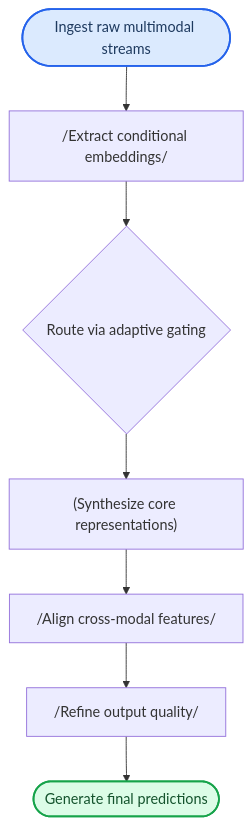
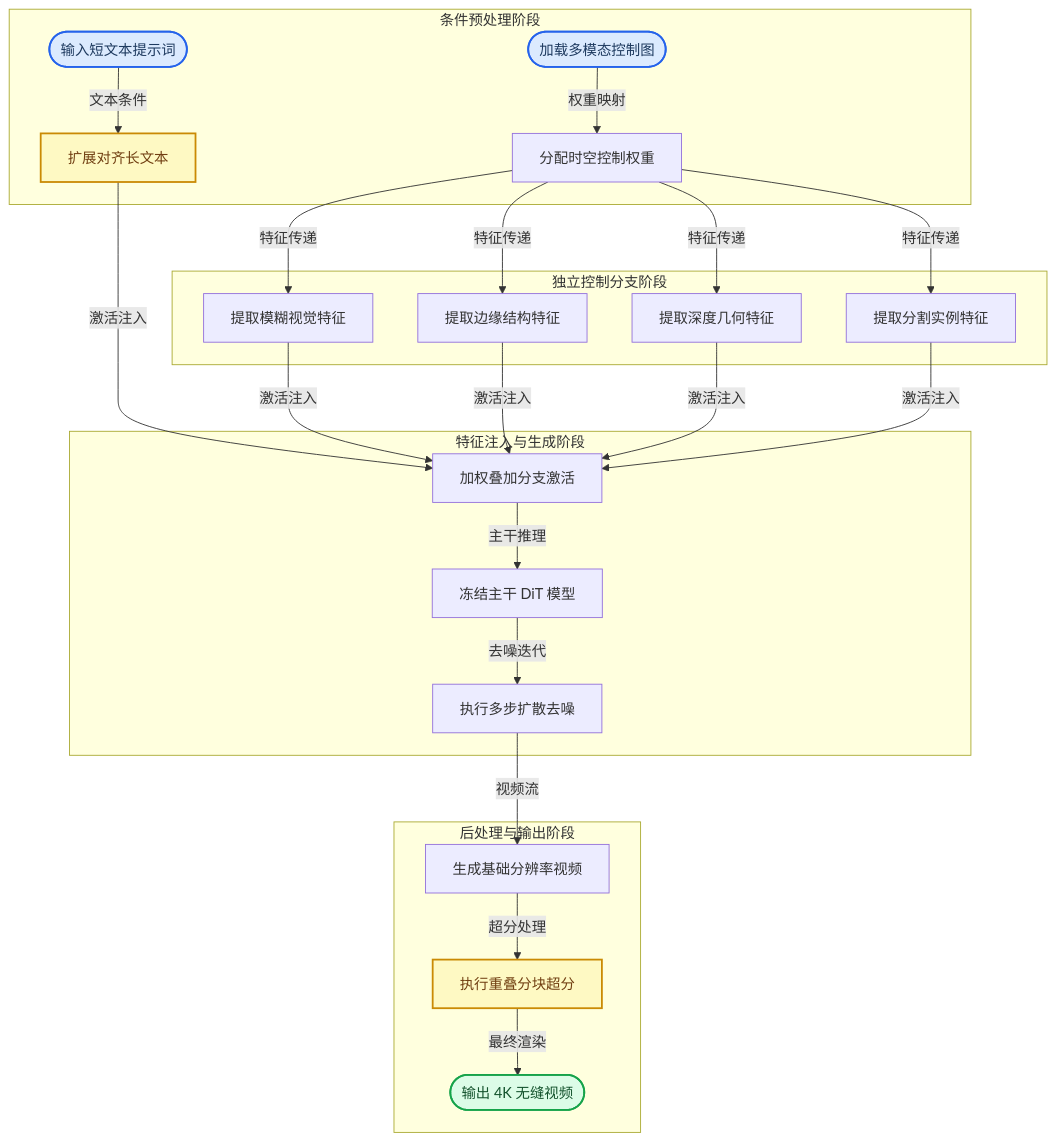
Before and after one commit to ShinewineW/paper-rolling: the fourth of 11 diagrams in person_vault/2026-06-07_CosmosTransfer1_2503.14492/report.md, drawn with Mermaid. The commit also changed other lines of this file and 51 other files, not shown here.

````diff
--- a/person_vault/2026-06-07_CosmosTransfer1_2503.14492/report.md
+++ b/person_vault/2026-06-07_CosmosTransfer1_2503.14492/report.md
@@ -113,15 +196,33 @@
 ```mermaid
 flowchart TB
-    raw_data_ingest(["Ingest raw multimodal streams"]) --> condition_feature_extract["/Extract conditional embeddings/"]
-    condition_feature_extract --> adaptive_gate_route{Route via adaptive gating}
-    adaptive_gate_route --> backbone_synthesis["(Synthesize core representations)"]
-    backbone_synthesis --> cross_modal_align["/Align cross-modal features/"]
-    cross_modal_align --> quality_refine["/Refine output quality/"]
-    quality_refine --> final_output_gen(["Generate final predictions"])
-
+    subgraph 条件预处理阶段
+        prompt_input(["输入短文本提示词"]) -->|文本条件| text_upsampler["扩展对齐长文本"]
+        cond_input(["加载多模态控制图"]) -->|权重映射| weight_alloc["分配时空控制权重"]
+    end
+    subgraph 独立控制分支阶段
+        weight_alloc -->|特征传递| blur_branch["提取模糊视觉特征"]
+        weight_alloc -->|特征传递| edge_branch["提取边缘结构特征"]
+        weight_alloc -->|特征传递| depth_branch["提取深度几何特征"]
+        weight_alloc -->|特征传递| seg_branch["提取分割实例特征"]
+    end
+    subgraph 特征注入与生成阶段
+        text_upsampler -->|激活注入| activation_inject["加权叠加分支激活"]
+        blur_branch -->|激活注入| activation_inject
+        edge_branch -->|激活注入| activation_inject
+        depth_branch -->|激活注入| activation_inject
+        seg_branch -->|激活注入| activation_inject
+        activation_inject -->|主干推理| base_dit["冻结主干 DiT 模型"]
+        base_dit -->|去噪迭代| diffusion_denoise["执行多步扩散去噪"]
+    end
+    subgraph 后处理与输出阶段
+        diffusion_denoise -->|视频流| raw_video["生成基础分辨率视频"]
+        raw_video -->|超分处理| patch_upscaler["执行重叠分块超分"]
+        patch_upscaler -->|最终渲染| final_output(["输出 4K 无缝视频"])
+    end
     classDef required fill:#dbeafe,stroke:#2563eb,stroke-width:2px,color:#1e3a5f
     classDef output fill:#dcfce7,stroke:#16a34a,stroke-width:2px,color:#14532d
     classDef optional fill:#fef9c3,stroke:#ca8a04,stroke-width:2px,color:#713f12
-    class raw_data_ingest required
-    class final_output_gen output
+    class prompt_input,cond_input required
+    class final_output output
+    class text_upsampler,patch_upscaler optional
 ```
````
